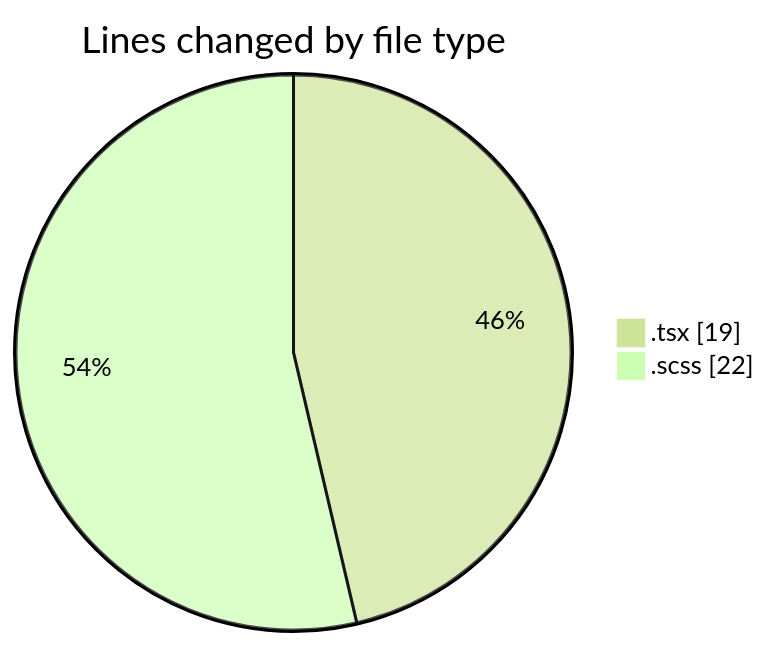
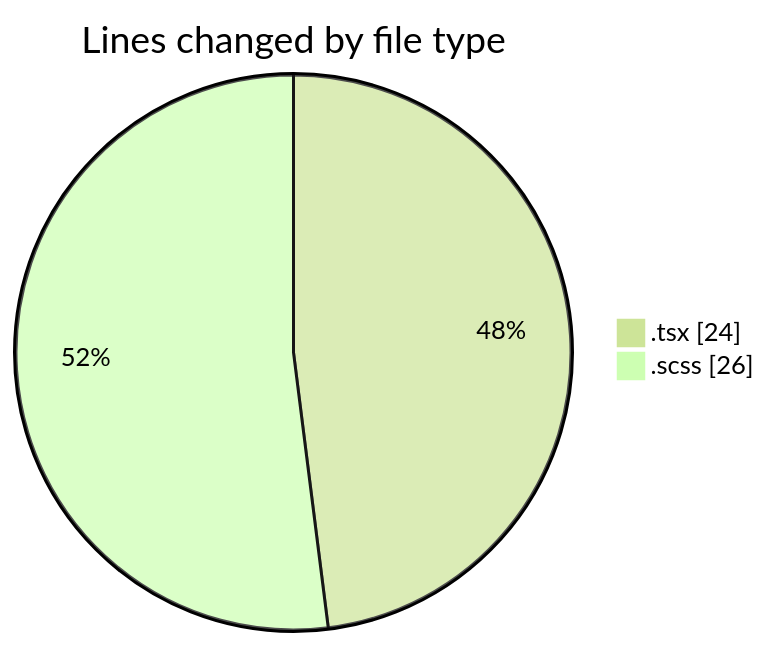
One commit to momahboobian/code-tracking changed the first of 2 diagrams in 2026-07-21/cda/README.md. Above: the diagram before and after it, drawn with Mermaid (forest theme). The commit also changed other lines of this file and 1 other file, not shown here.

````diff
--- a/2026-07-21/cda/README.md
+++ b/2026-07-21/cda/README.md
@@ -23,6 +23,6 @@
 ```mermaid
 pie showData
 title Lines changed by file type
-".tsx" : 19
-".scss" : 22
+".tsx" : 24
+".scss" : 26
 ```
````
